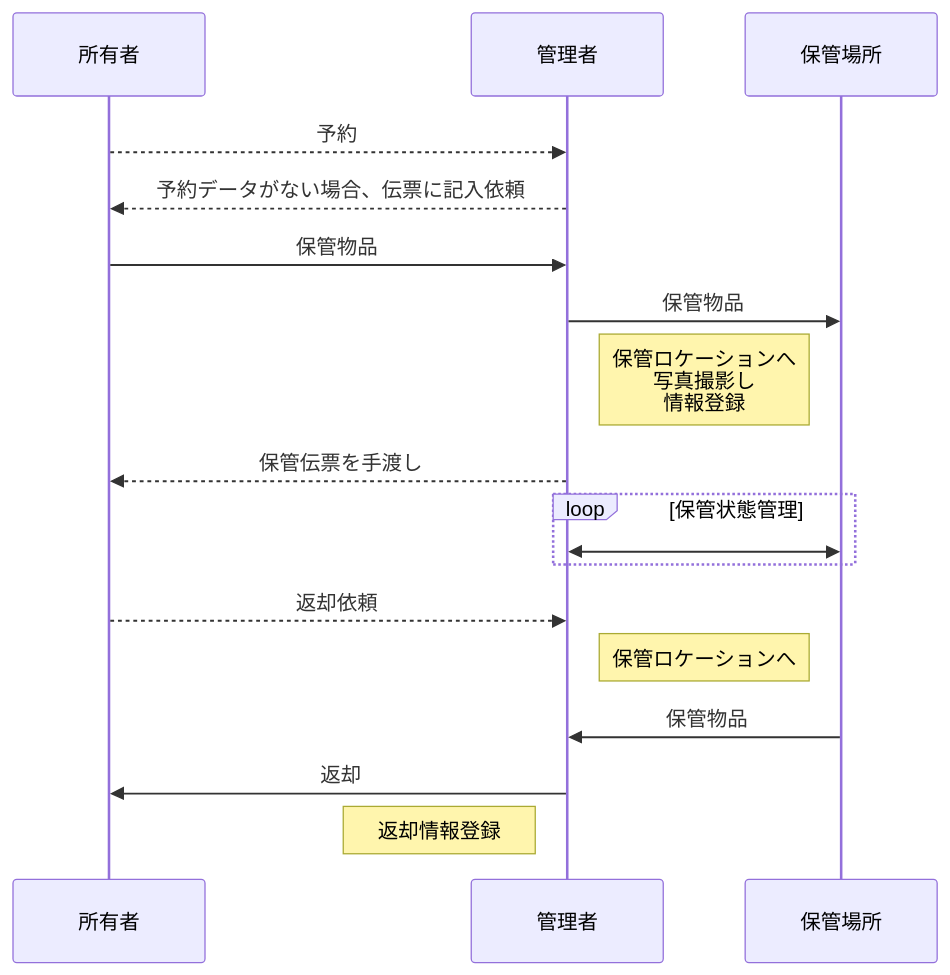
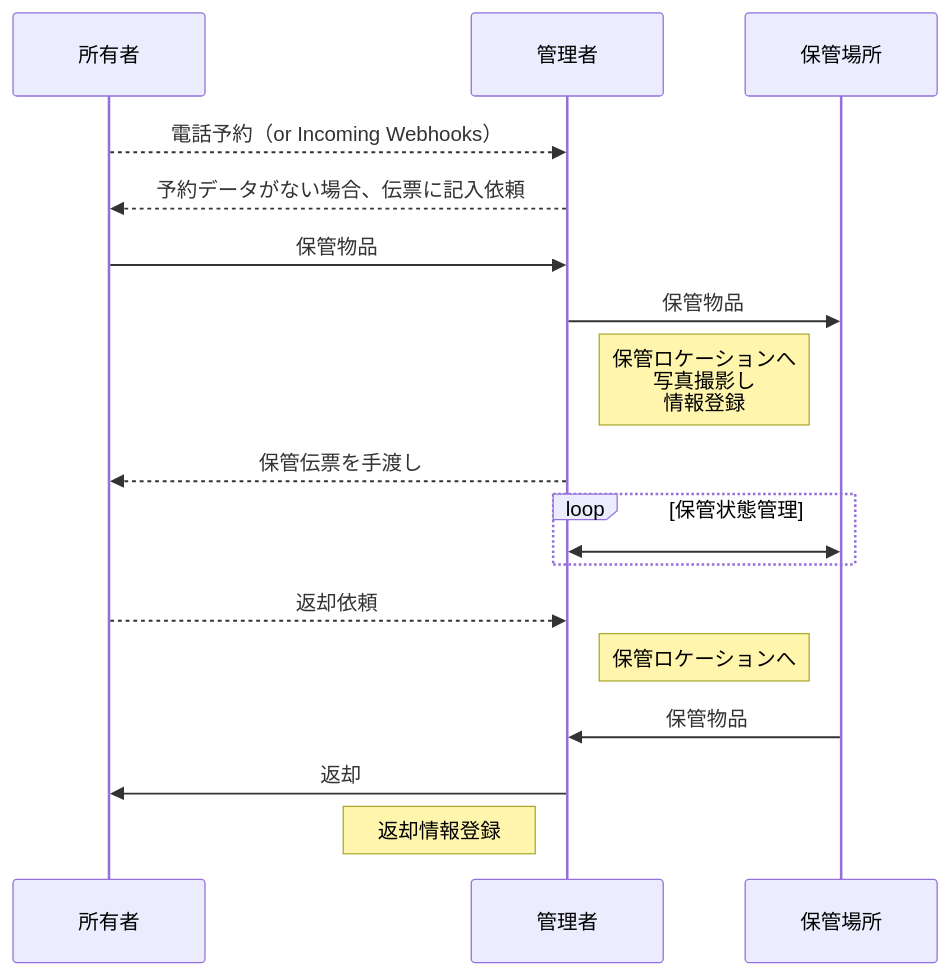
Before and after one commit to piot-jp-Team/goods_storage: the first of 2 diagrams in README.md, drawn with Mermaid.

````diff
--- a/README.md
+++ b/README.md
@@ -11,19 +11,19 @@
 ```mermaid
 sequenceDiagram
     participant 所有者
     participant 管理者
-    所有者-->>管理者: 予約
+    所有者-->>管理者: 電話予約（or Incoming Webhooks）
     管理者-->>所有者: 予約データがない場合、伝票に記入依頼
     所有者->>管理者: 保管物品
     管理者->>保管場所: 保管物品
     Note right of 管理者: 保管ロケーションへ <br/>写真撮影し <br/>情報登録
     管理者-->>所有者: 保管伝票を手渡し
     loop 保管状態管理
         管理者<<->>保管場所: 
     end
     所有者-->>管理者: 返却依頼
     Note right of 管理者: 保管ロケーションへ
     保管場所->>管理者: 保管物品
     管理者->>所有者: 返却
     Note left of 管理者: 返却情報登録
 ```
````
